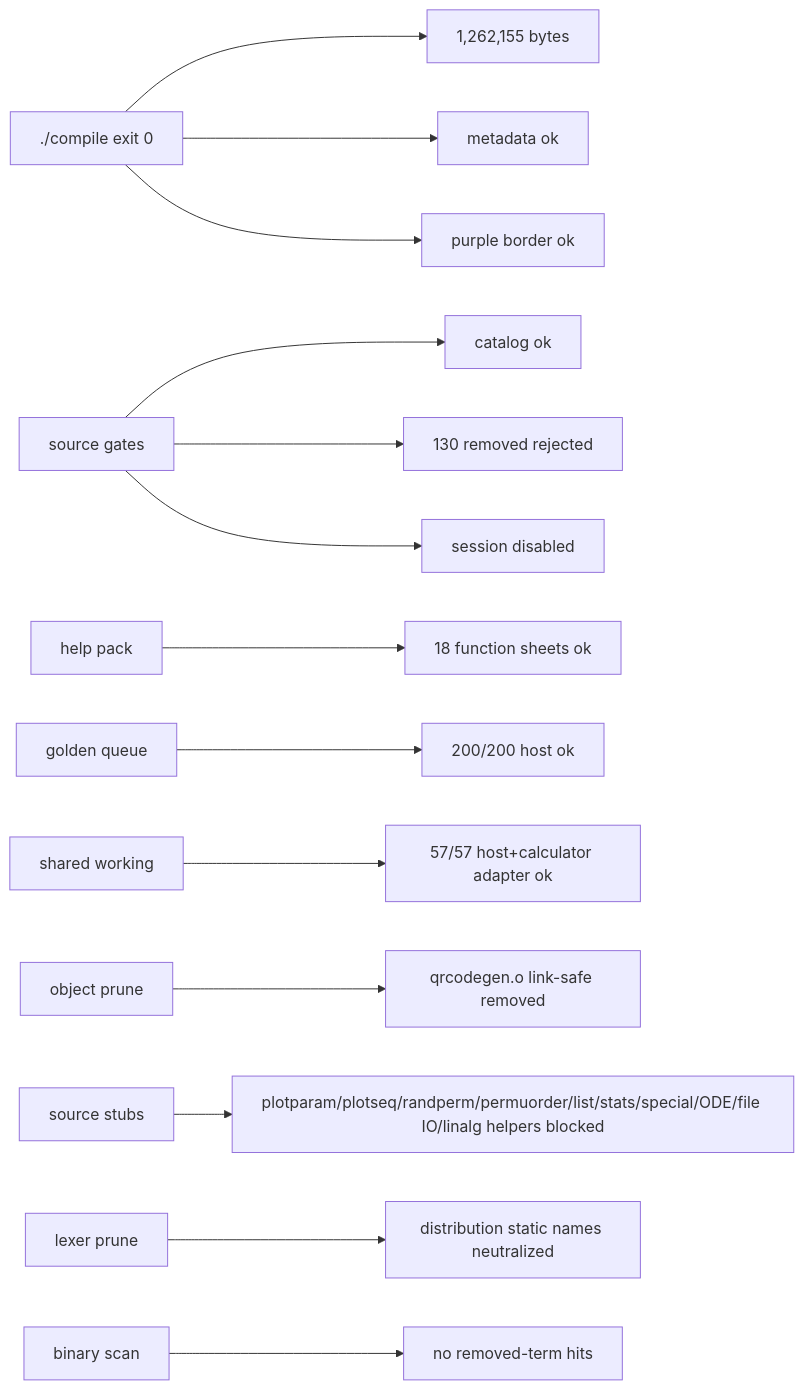
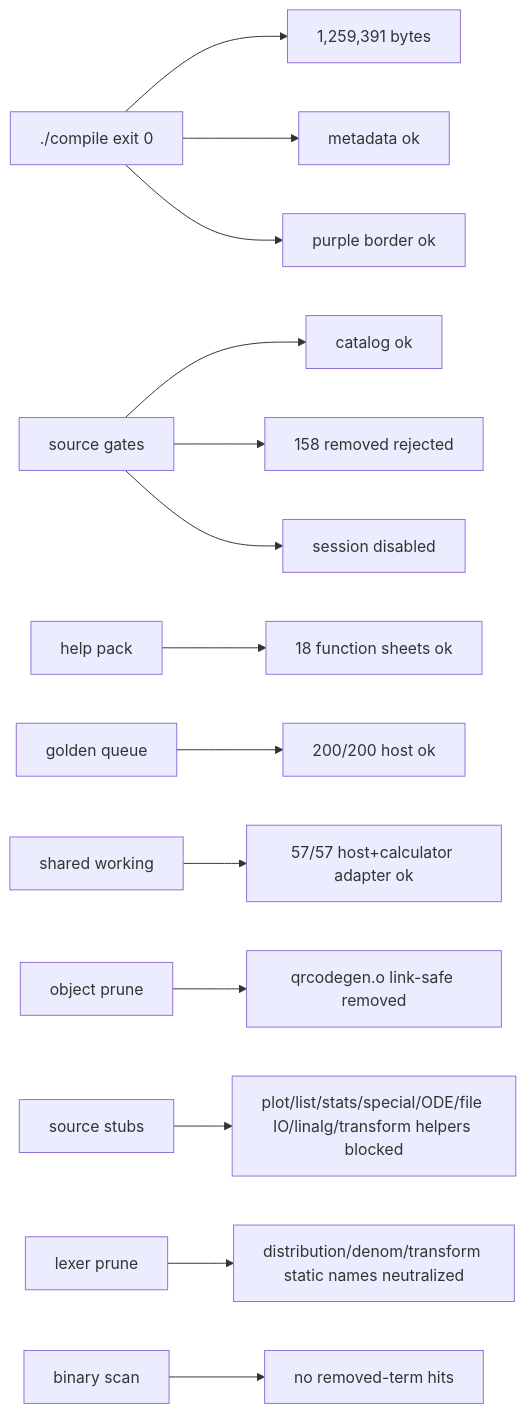
One commit to james8464/notes-addin-casio-fx-cg50 changed the seventh of 7 diagrams in docs/GRAPH.md. Above: the diagram before and after it, drawn with Mermaid. The commit also changed other lines of this file and 25 other files, not shown here.

Commit message:
prune transform and python import surfaces

````diff
--- a/docs/GRAPH.md
+++ b/docs/GRAPH.md
@@ -126,16 +130,16 @@
 ```mermaid
 graph LR
-  Build["./compile exit 0"] --> Size["1,262,155 bytes"]
+  Build["./compile exit 0"] --> Size["1,259,391 bytes"]
   Build --> Meta["metadata ok"]
   Build --> Border["purple border ok"]
   Source["source gates"] --> Catalog["catalog ok"]
-  Source --> Removed["130 removed rejected"]
+  Source --> Removed["158 removed rejected"]
   Source --> Session["session disabled"]
   Help["help pack"] --> HelpQ["18 function sheets ok"]
   Queue["golden queue"] --> QueueRun["200/200 host ok"]
   Shared["shared working"] --> SharedRun["57/57 host+calculator adapter ok"]
   Obj["object prune"] --> QR["qrcodegen.o link-safe removed"]
-  Macro["source stubs"] --> Stubbed["plotparam/plotseq/randperm/permuorder/list/stats/special/ODE/file IO/linalg helpers blocked"]
-  Static["lexer prune"] --> StaticRun["distribution static names neutralized"]
+  Macro["source stubs"] --> Stubbed["plot/list/stats/special/ODE/file IO/linalg/transform helpers blocked"]
+  Static["lexer prune"] --> StaticRun["distribution/denom/transform static names neutralized"]
   Bin["binary scan"] --> NoLeak["no removed-term hits"]
 ```
````
